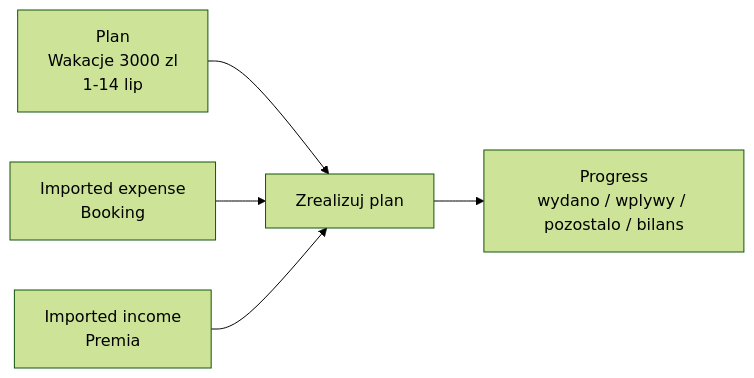
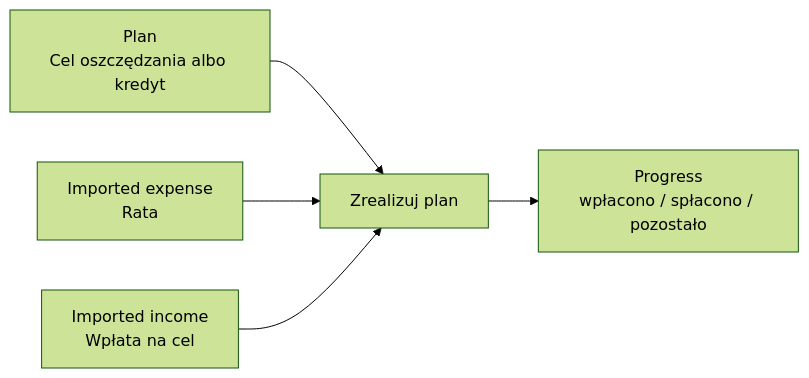
Before and after one commit to adrianghub/portfelik: the third of 4 diagrams in docs/product/product-direction.md, drawn with Mermaid (forest theme). The commit also changed other lines of this file and 6 other files, not shown here.

````diff
--- a/docs/product/product-direction.md
+++ b/docs/product/product-direction.md
@@ -102,7 +120,7 @@
 ```mermaid
 flowchart LR
-  Plan[Plan<br/>Wakacje 3000 zl<br/>1-14 lip] --> Link[Zrealizuj plan]
-  Tx1[Imported expense<br/>Booking] --> Link
-  Tx2[Imported income<br/>Premia] --> Link
-  Link --> Progress[Progress<br/>wydano / wplywy / pozostalo / bilans]
+  Plan[Plan<br/>Cel oszczędzania albo kredyt] --> Link[Zrealizuj plan]
+  Tx1[Imported expense<br/>Rata] --> Link
+  Tx2[Imported income<br/>Wpłata na cel] --> Link
+  Link --> Progress[Progress<br/>wpłacono / spłacono / pozostało]
 ```
````
